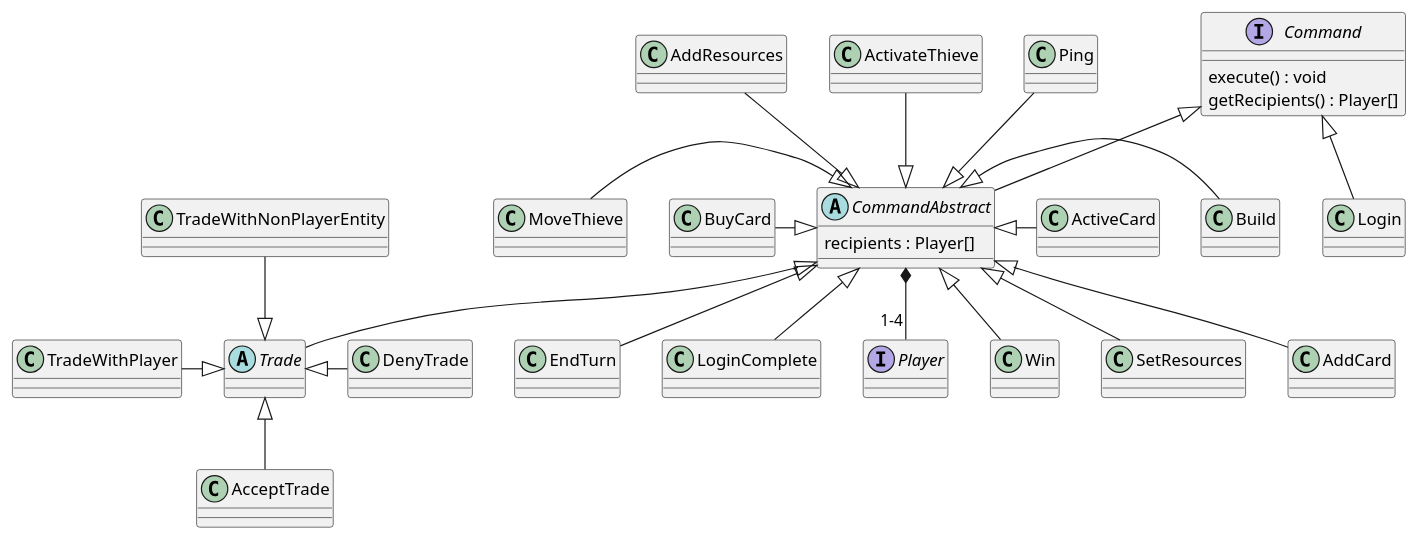
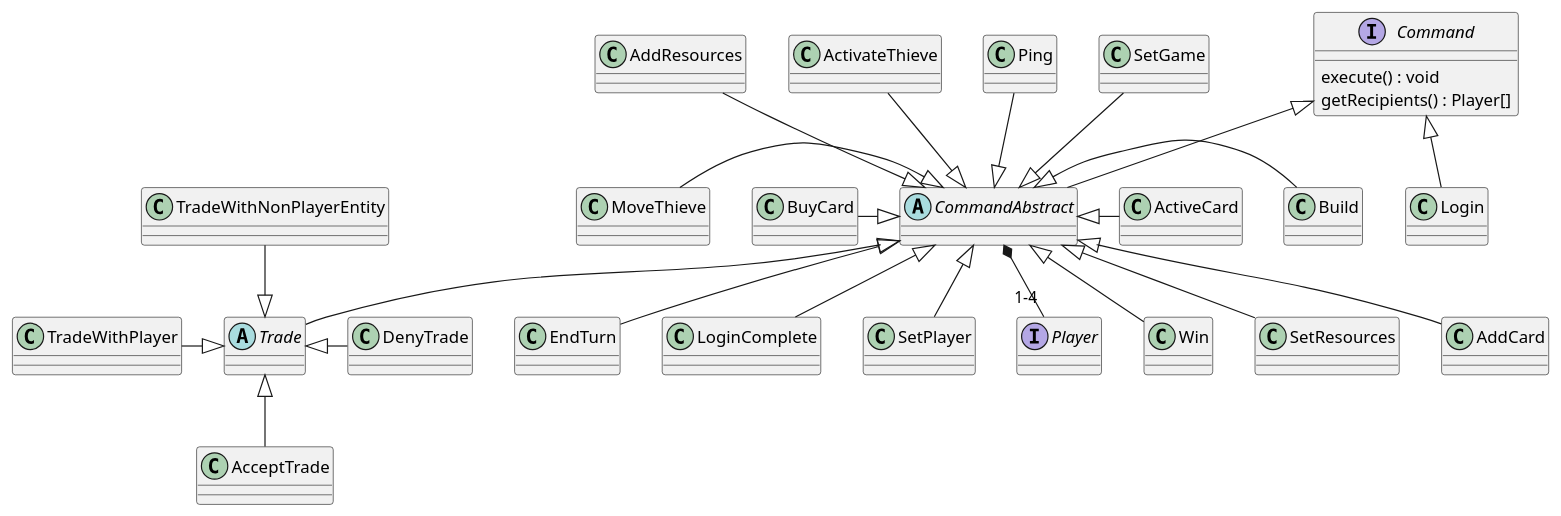
One commit to theray1/Les-Colons-De-Catane changed the diagram in catan-doc/modules/conception/pages/classDiagramCommands.adoc. Above: the diagram before and after it, drawn with PlantUML. The commit also changed 2 other files, not shown here.

Commit message:
up
update of client class Diagram
update of server class Diagram

```diff
--- a/catan-doc/modules/conception/pages/classDiagramCommands.adoc
+++ b/catan-doc/modules/conception/pages/classDiagramCommands.adoc
@@ -1,56 +1,58 @@
 [plantuml]
 ....
 @startuml
   abstract Trade {}
-  abstract CommandAbstract{
-  		recipients : Player[]
-  }
+  abstract CommandAbstract{}
   class TradeWithPlayer {}
   class TradeWithNonPlayerEntity {}
   class AcceptTrade {}
   class DenyTrade {}
   class BuyCard {}
   class MoveThieve {}
   class Build {}
   class ActiveCard {}
   class Ping {}
   class ActivateThieve {}
   class Win {}
   class SetResources{}
   class AddResources{}
   class AddCard{}
   class EndTurn{}
   class Login{}
   class LoginComplete{}
+  class SetGame{}
+  class SetPlayer{}
   
   interface Player{}
   
   interface Command{
   	execute() : void
   	getRecipients() : Player[]
   }
   
   Trade <|-left- TradeWithPlayer
   Trade <|-up- TradeWithNonPlayerEntity
   Trade <|-down- AcceptTrade
   Trade <|-right- DenyTrade
   
   Command <|-down- CommandAbstract
   Command <|-down- Login
   CommandAbstract <|-down- LoginComplete
   CommandAbstract <|-left- BuyCard
   CommandAbstract <|-left- MoveThieve
   CommandAbstract <|-right- Build
   CommandAbstract <|-right- ActiveCard
+  CommandAbstract <|-up- SetGame
   CommandAbstract <|-up- Ping
   CommandAbstract <|-up- ActivateThieve
   CommandAbstract <|-up- AddResources
   CommandAbstract <|-down- AddCard
   CommandAbstract <|-down- Win
   CommandAbstract <|-down- SetResources
+  CommandAbstract <|-down- SetPlayer
   CommandAbstract <|-- EndTurn
   CommandAbstract <|-- Trade
   
   CommandAbstract *-- "1-4" Player
 @enduml
 ....
```
